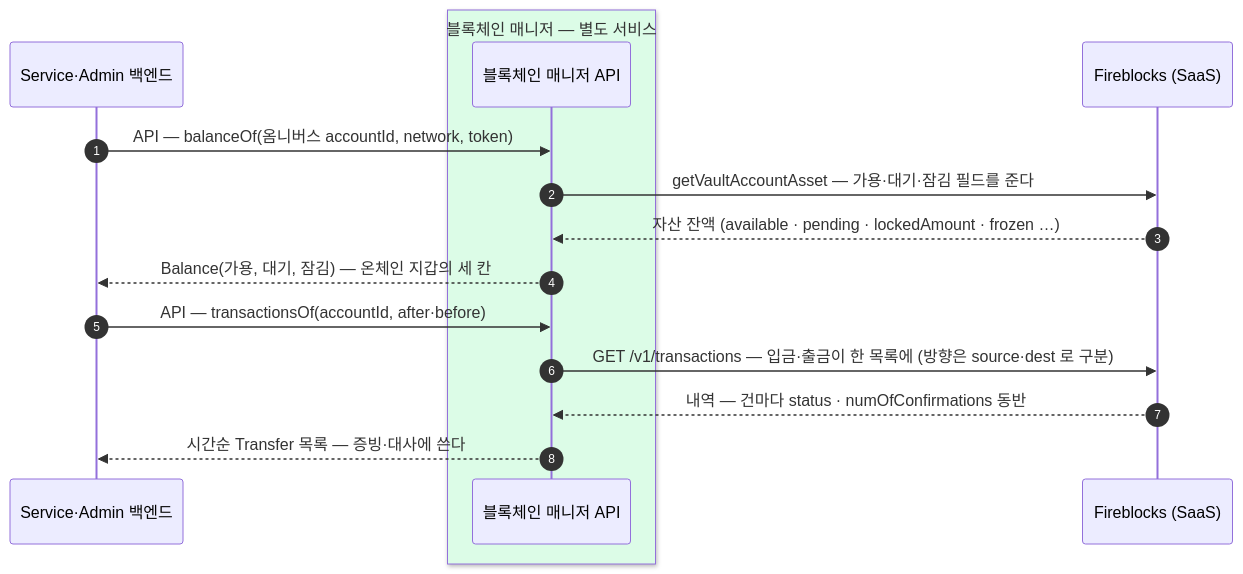
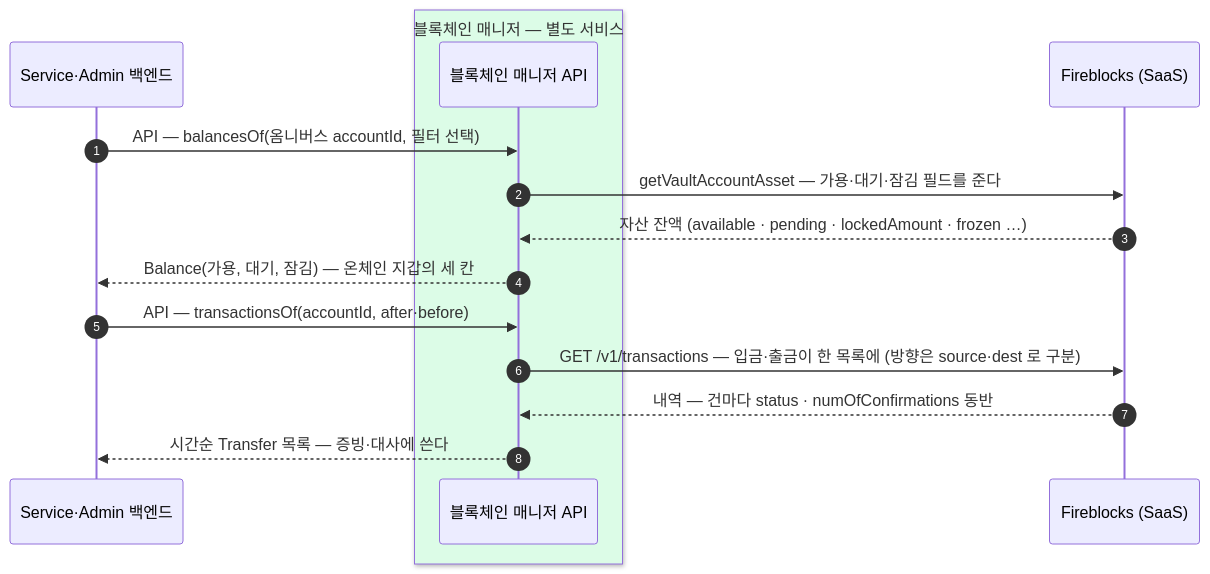
The second of 3 diagrams in blockchain-manager/docs/블록체인매니저/설계/08-balance-history.md (eunsujeo/eunpus), drawn with Mermaid before and after one commit. The commit also changed other lines of this file and 11 other files, not shown here.

````diff
--- a/blockchain-manager/docs/블록체인매니저/설계/08-balance-history.md
+++ b/blockchain-manager/docs/블록체인매니저/설계/08-balance-history.md
@@ -93,19 +91,19 @@
 ```mermaid
 sequenceDiagram
     autonumber
     participant BE as Service·Admin 백엔드
     box rgb(220,252,231) 블록체인 매니저 — 별도 서비스
     participant BM as 블록체인 매니저 API
     end
     participant FB as Fireblocks (SaaS)
 
-    BE->>BM: API — balanceOf(옴니버스 accountId, network, token)
+    BE->>BM: API — balancesOf(옴니버스 accountId, 필터 선택)
     BM->>FB: getVaultAccountAsset — 가용·대기·잠김 필드를 준다
     FB-->>BM: 자산 잔액 (available · pending · lockedAmount · frozen …)
     BM-->>BE: Balance(가용, 대기, 잠김) — 온체인 지갑의 세 칸
 
     BE->>BM: API — transactionsOf(accountId, after·before)
     BM->>FB: GET /v1/transactions — 입금·출금이 한 목록에 (방향은 source·dest 로 구분)
     FB-->>BM: 내역 — 건마다 status · numOfConfirmations 동반
     BM-->>BE: 시간순 Transfer 목록 — 증빙·대사에 쓴다
 ```
````
